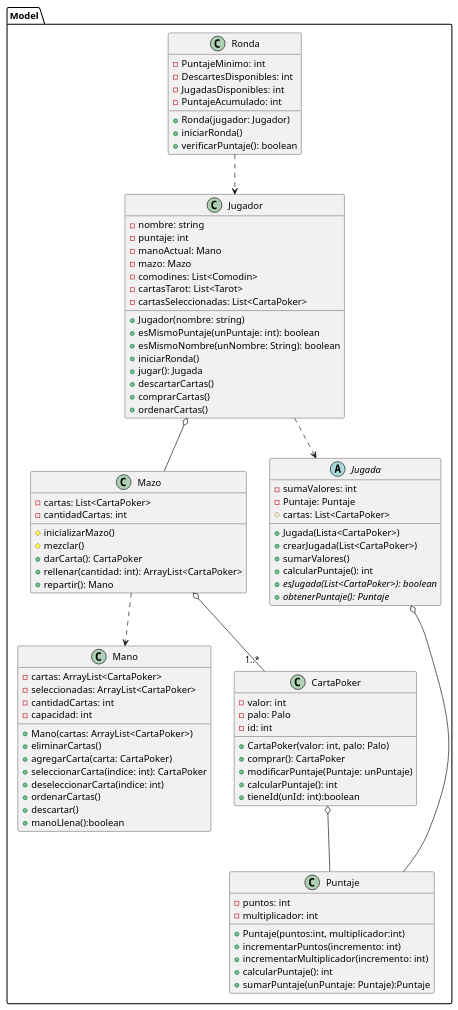
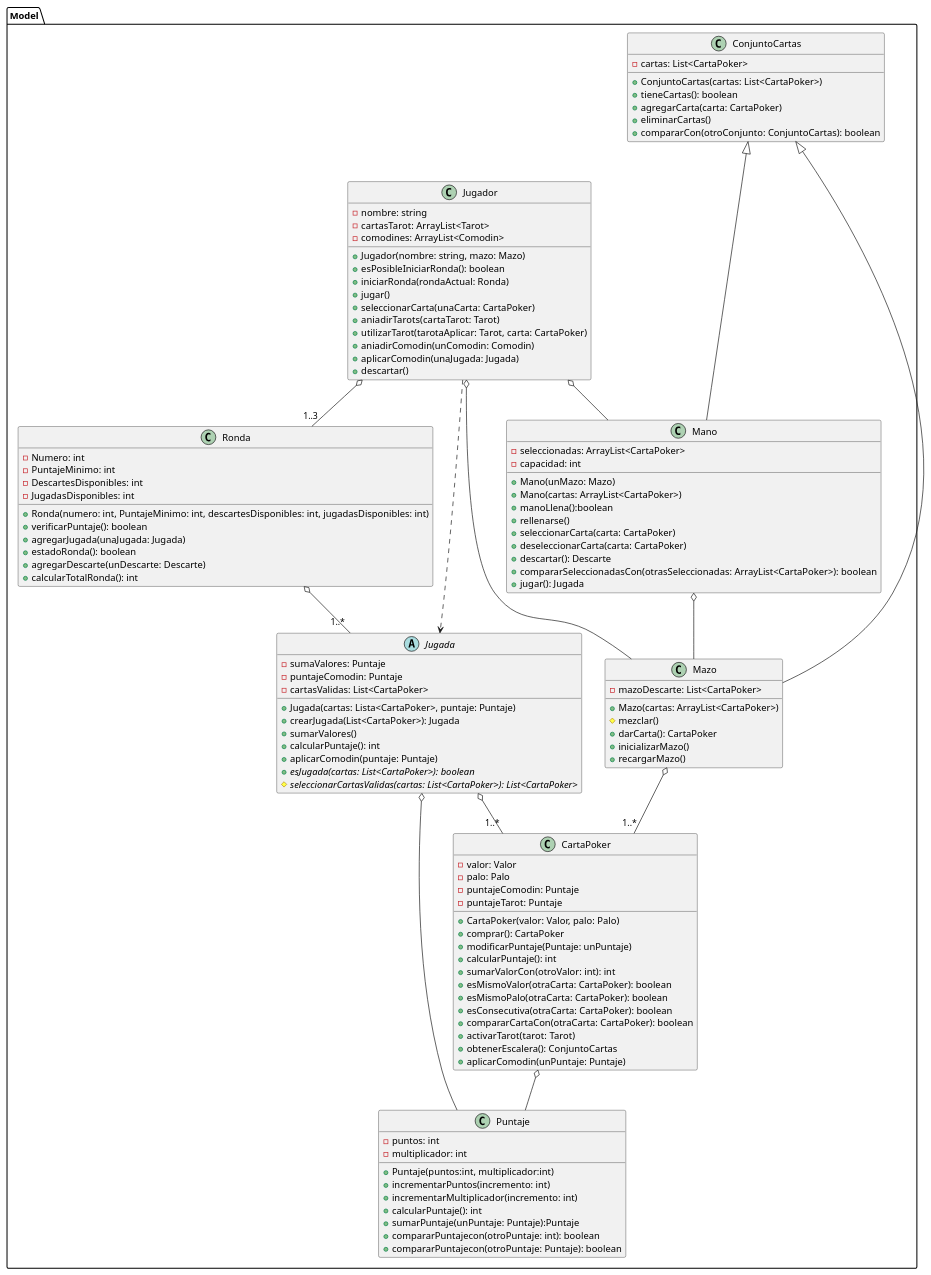
The diagram in diagrams/classes/clasesBalatro2.puml (carruizdiaz1109/UBAlatro), drawn with PlantUML before and after one commit. The commit also changed 2 other files, not shown here.

Commit message:
Actualizo diagrama de clases2

```diff
--- a/diagrams/classes/clasesBalatro2.puml
+++ b/diagrams/classes/clasesBalatro2.puml
@@ -1,100 +1,138 @@
 @startuml
 
 package Model {
 
 class Jugador {
     - nombre: string
-    - puntaje: int
-    - manoActual: Mano
-    - mazo: Mazo
-    - comodines: List<Comodin>
-    - cartasTarot: List<Tarot>
-    - cartasSeleccionadas: List<CartaPoker>
-    + Jugador(nombre: string)
-    + esMismoPuntaje(unPuntaje: int): boolean
-    + esMismoNombre(unNombre: String): boolean
-    + iniciarRonda()
-    + jugar(): Jugada
-    + descartarCartas()
-    + comprarCartas()
-    + ordenarCartas()
+    - cartasTarot: ArrayList<Tarot>
+    - comodines: ArrayList<Comodin>
+
+    + Jugador(nombre: string, mazo: Mazo)
+    + esPosibleIniciarRonda(): boolean
+    + iniciarRonda(rondaActual: Ronda)
+    + jugar()
+    + seleccionarCarta(unaCarta: CartaPoker)
+    + aniadirTarots(cartaTarot: Tarot)
+    + utilizarTarot(tarotaAplicar: Tarot, carta: CartaPoker)
+    + aniadirComodin(unComodin: Comodin)
+    + aplicarComodin(unaJugada: Jugada)
+    + descartar()
 }
 
+class ConjuntoCartas{
+    - cartas: List<CartaPoker>
+
+    + ConjuntoCartas(cartas: List<CartaPoker>)
+    + tieneCartas(): boolean
+    + agregarCarta(carta: CartaPoker)
+    + eliminarCartas()
+    + compararCon(otroConjunto: ConjuntoCartas): boolean
+}
 
 class Mazo {
-    -cartas: List<CartaPoker>
-    - cantidadCartas: int
-    # inicializarMazo()
+    - mazoDescarte: List<CartaPoker>
+
+    + Mazo(cartas: ArrayList<CartaPoker>)
     # mezclar()
     + darCarta(): CartaPoker
-    + rellenar(cantidad: int): ArrayList<CartaPoker>
-    + repartir(): Mano
+    + inicializarMazo()
+    + recargarMazo()
 }
 
 class Mano {
-    - cartas: ArrayList<CartaPoker>
     - seleccionadas: ArrayList<CartaPoker>
-    - cantidadCartas: int
     - capacidad: int
+
+    + Mano(unMazo: Mazo)
     + Mano(cartas: ArrayList<CartaPoker>)
-    + eliminarCartas()
-    + agregarCarta(carta: CartaPoker)
-    + seleccionarCarta(indice: int): CartaPoker
-    + deseleccionarCarta(indice: int)
-    + ordenarCartas()
-    + descartar()
     + manoLlena():boolean
+    +rellenarse()
+    + seleccionarCarta(carta: CartaPoker)
+    + deseleccionarCarta(carta: CartaPoker)
+    + descartar(): Descarte
+    + compararSeleccionadasCon(otrasSeleccionadas: ArrayList<CartaPoker>): boolean
+    + jugar(): Jugada
 }
 
 class Puntaje {
     - puntos: int
     - multiplicador: int
+
     + Puntaje(puntos:int, multiplicador:int)
     + incrementarPuntos(incremento: int)
     + incrementarMultiplicador(incremento: int)
     + calcularPuntaje(): int
     + sumarPuntaje(unPuntaje: Puntaje):Puntaje
+    + compararPuntajecon(otroPuntaje: int): boolean
+    + compararPuntajecon(otroPuntaje: Puntaje): boolean
 }
 
 class CartaPoker {
-    - valor: int
+    - valor: Valor
     - palo: Palo
-    - id: int
-    + CartaPoker(valor: int, palo: Palo)
+    - puntajeComodin: Puntaje
+    - puntajeTarot: Puntaje
+
+    + CartaPoker(valor: Valor, palo: Palo)
     + comprar(): CartaPoker
     + modificarPuntaje(Puntaje: unPuntaje)
     + calcularPuntaje(): int
-    + tieneId(unId: int):boolean
+    + sumarValorCon(otroValor: int): int
+    + esMismoValor(otraCarta: CartaPoker): boolean
+    + esMismoPalo(otraCarta: CartaPoker): boolean
+    + esConsecutiva(otraCarta: CartaPoker): boolean
+    + compararCartaCon(otraCarta: CartaPoker): boolean
+    + activarTarot(tarot: Tarot)
+    + obtenerEscalera(): ConjuntoCartas
+    + aplicarComodin(unPuntaje: Puntaje)
 }
 
 class Ronda {
+    - Numero: int
     - PuntajeMinimo: int
     - DescartesDisponibles: int
     - JugadasDisponibles: int
-    - PuntajeAcumulado: int
-    + Ronda(jugador: Jugador)
-    + iniciarRonda()
+
+    + Ronda(numero: int, PuntajeMinimo: int, descartesDisponibles: int, jugadasDisponibles: int)
     + verificarPuntaje(): boolean
+    + agregarJugada(unaJugada: Jugada)
+    + estadoRonda(): boolean
+    + agregarDescarte(unDescarte: Descarte)
+    + calcularTotalRonda(): int
 }
 
 abstract class Jugada {
-    - sumaValores: int
-    - Puntaje: Puntaje
-    # cartas: List<CartaPoker>
-    + Jugada(Lista<CartaPoker>)
-    + crearJugada(List<CartaPoker>)
+    - sumaValores: Puntaje
+    - puntajeComodin: Puntaje
+    - cartasValidas: List<CartaPoker>
+
+    + Jugada(cartas: Lista<CartaPoker>, puntaje: Puntaje)
+    + crearJugada(List<CartaPoker>): Jugada
     + sumarValores()
     + calcularPuntaje(): int
-    + {abstract}esJugada(List<CartaPoker>): boolean
-    + {abstract}obtenerPuntaje(): Puntaje
+    + aplicarComodin(puntaje: Puntaje)
+    + {abstract}esJugada(cartas: List<CartaPoker>): boolean
+    # {abstract}seleccionarCartasValidas(cartas: List<CartaPoker>): List<CartaPoker>
 }
 
+Jugador o-- "1..3" Ronda
+Jugador o-- Mano
+Jugador o-- Mazo
+Jugador ..> Jugada
+
+Mano -up--|> ConjuntoCartas
+Mazo -up--|> ConjuntoCartas
+
+Mazo o-- "1..*" CartaPoker
+Mano o-- Mazo
+
+Jugada o-- "1..*" CartaPoker
+
 CartaPoker o-- Puntaje
-Jugador o-- Mazo
-Mazo ..> Mano
-Mazo o-- "1..*" CartaPoker
-Jugador ..> Jugada
+
+Ronda o-- "1..*" Jugada
+
 Jugada o-- Puntaje
-Ronda ..> Jugador
+
 }
 @enduml
```
